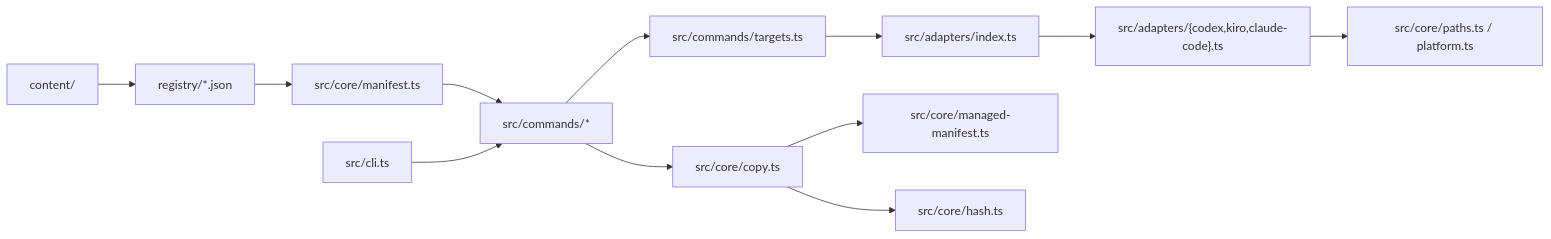
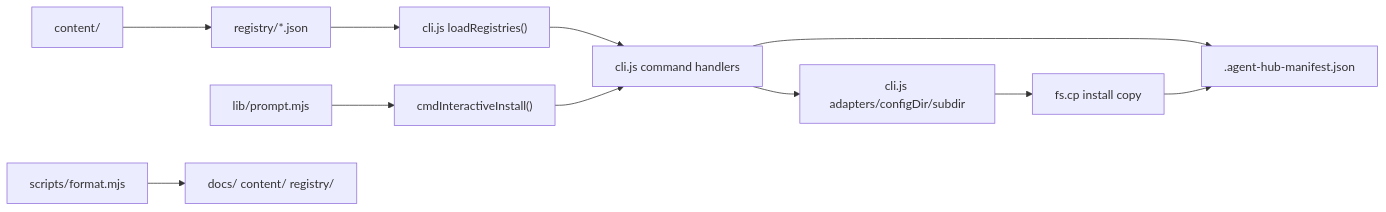
The diagram in docs/generated/module-dependencies.md (YoungerYang-Y/agent-hub), drawn with Mermaid before and after one commit. The commit also changed other lines of this file and 17 other files, not shown here.

````diff
--- a/docs/generated/module-dependencies.md
+++ b/docs/generated/module-dependencies.md
@@ -11,14 +11,13 @@
 ```mermaid
 flowchart LR
   Content["content/"] --> Registry["registry/*.json"]
-  Registry --> Manifest["src/core/manifest.ts"]
-  Manifest --> Commands["src/commands/*"]
-  CLI["src/cli.ts"] --> Commands
-  Commands --> Targets["src/commands/targets.ts"]
-  Targets --> Adapters["src/adapters/index.ts"]
-  Adapters --> AdapterImpl["src/adapters/{codex,kiro,claude-code}.ts"]
-  AdapterImpl --> Paths["src/core/paths.ts / platform.ts"]
-  Commands --> Copy["src/core/copy.ts"]
-  Copy --> Managed["src/core/managed-manifest.ts"]
-  Copy --> Hash["src/core/hash.ts"]
+  Registry --> Loader["cli.js loadRegistries()"]
+  Prompt["lib/prompt.mjs"] --> Interactive["cmdInteractiveInstall()"]
+  Loader --> Commands["cli.js command handlers"]
+  Interactive --> Commands
+  Commands --> Adapters["cli.js adapters/configDir/subdir"]
+  Adapters --> Copy["fs.cp install copy"]
+  Commands --> Manifest[".agent-hub-manifest.json"]
+  Copy --> Manifest
+  Scripts["scripts/format.mjs"] --> Docs["docs/ content/ registry/"]
 ```
````
